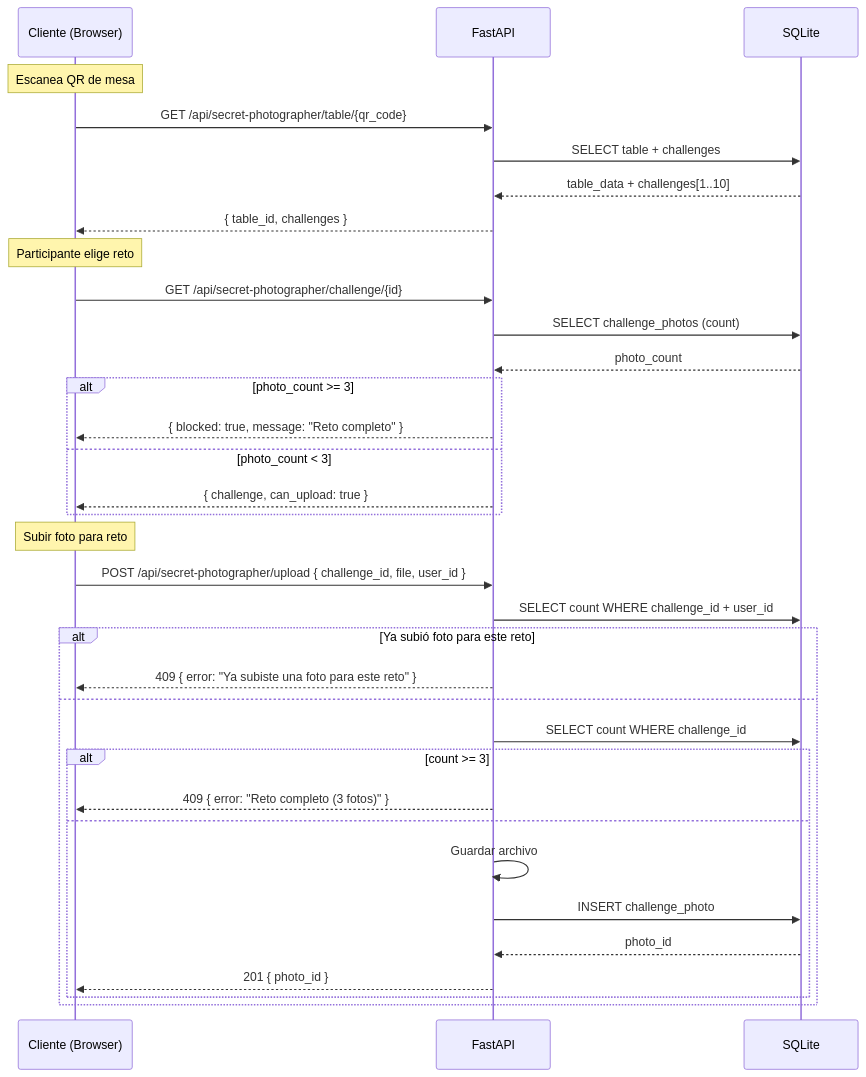
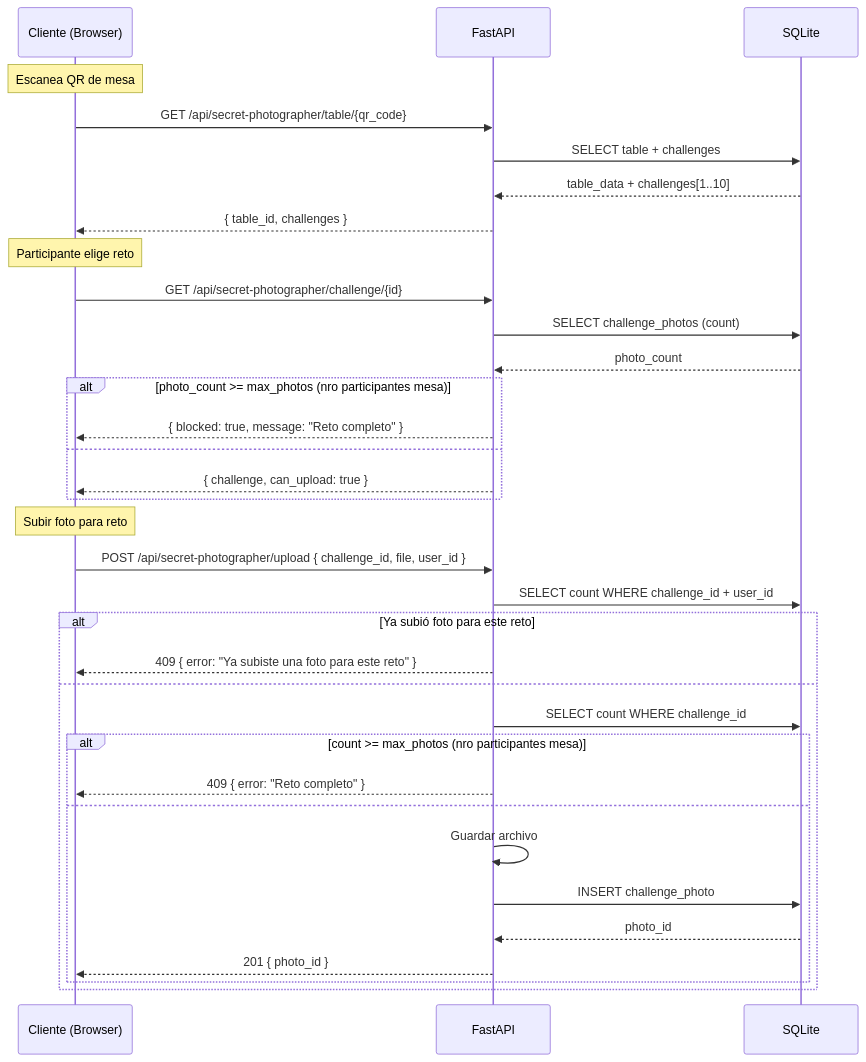
One commit to juniornff/wedding-photo-manager changed the sixth of 11 diagrams in README.md. Above: the diagram before and after it, drawn with Mermaid. The commit also changed other lines of this file and 2 other files, not shown here.

Commit message:
Update docs: challenge max photos = nro participantes mesa
plan.md changed fixed 3-photo limit to dynamic limit based on
table participant count. Updated README.md (desc, seq diagram,
business rules) and AGENTS.md to reflect this.

````diff
--- a/README.md
+++ b/README.md
@@ -277,39 +277,39 @@
 ```mermaid
 sequenceDiagram
     participant C as Cliente (Browser)
     participant API as FastAPI
     participant DB as SQLite
 
     Note over C: Escanea QR de mesa
     C->>API: GET /api/secret-photographer/table/{qr_code}
     API->>DB: SELECT table + challenges
     DB-->>API: table_data + challenges[1..10]
     API-->>C: { table_id, challenges }
 
     Note over C: Participante elige reto
     C->>API: GET /api/secret-photographer/challenge/{id}
     API->>DB: SELECT challenge_photos (count)
     DB-->>API: photo_count
-    alt photo_count >= 3
+    alt photo_count >= max_photos (nro participantes mesa)
         API-->>C: { blocked: true, message: "Reto completo" }
-    else photo_count < 3
+    else
         API-->>C: { challenge, can_upload: true }
     end
 
     Note over C: Subir foto para reto
     C->>API: POST /api/secret-photographer/upload { challenge_id, file, user_id }
     API->>DB: SELECT count WHERE challenge_id + user_id
     alt Ya subió foto para este reto
         API-->>C: 409 { error: "Ya subiste una foto para este reto" }
     else
         API->>DB: SELECT count WHERE challenge_id
-        alt count >= 3
-            API-->>C: 409 { error: "Reto completo (3 fotos)" }
+        alt count >= max_photos (nro participantes mesa)
+            API-->>C: 409 { error: "Reto completo" }
         else
             API->>API: Guardar archivo
             API->>DB: INSERT challenge_photo
             DB-->>API: photo_id
             API-->>C: 201 { photo_id }
         end
     end
 ```
````
